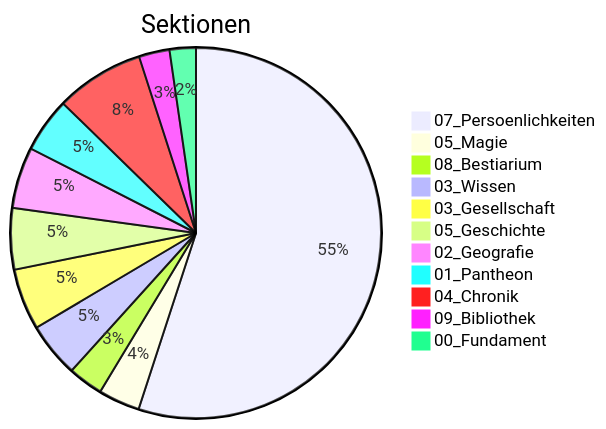
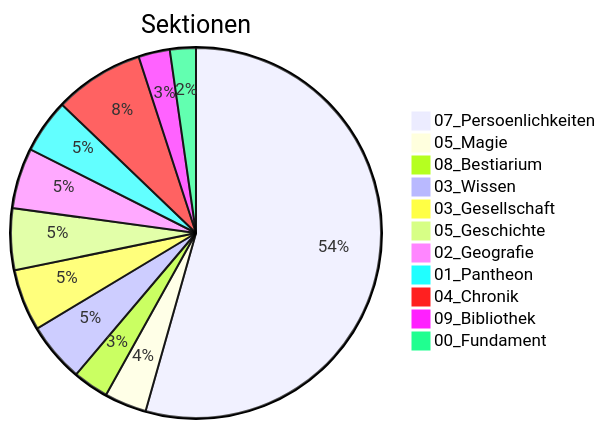
One commit to Siebenwind/7w_wiki changed the diagram in Siebenwind_Wiki/10_Archiv/Wiki_Statistiken.md. Above: the diagram before and after it, drawn with Mermaid. The commit also changed other lines of this file and 21 other files, not shown here.

````diff
--- a/Siebenwind_Wiki/10_Archiv/Wiki_Statistiken.md
+++ b/Siebenwind_Wiki/10_Archiv/Wiki_Statistiken.md
@@ -21,14 +21,14 @@
 ```mermaid
 pie title Sektionen
     "07_Persoenlichkeiten" : 576
-    "05_Magie" : 38
-    "08_Bestiarium" : 32
-    "03_Wissen" : 50
-    "03_Gesellschaft" : 56
-    "05_Geschichte" : 56
+    "05_Magie" : 39
+    "08_Bestiarium" : 33
+    "03_Wissen" : 55
+    "03_Gesellschaft" : 57
+    "05_Geschichte" : 57
     "02_Geografie" : 56
     "01_Pantheon" : 50
-    "04_Chronik" : 81
-    "09_Bibliothek" : 28
+    "04_Chronik" : 83
+    "09_Bibliothek" : 29
     "00_Fundament" : 24
 ```
````
